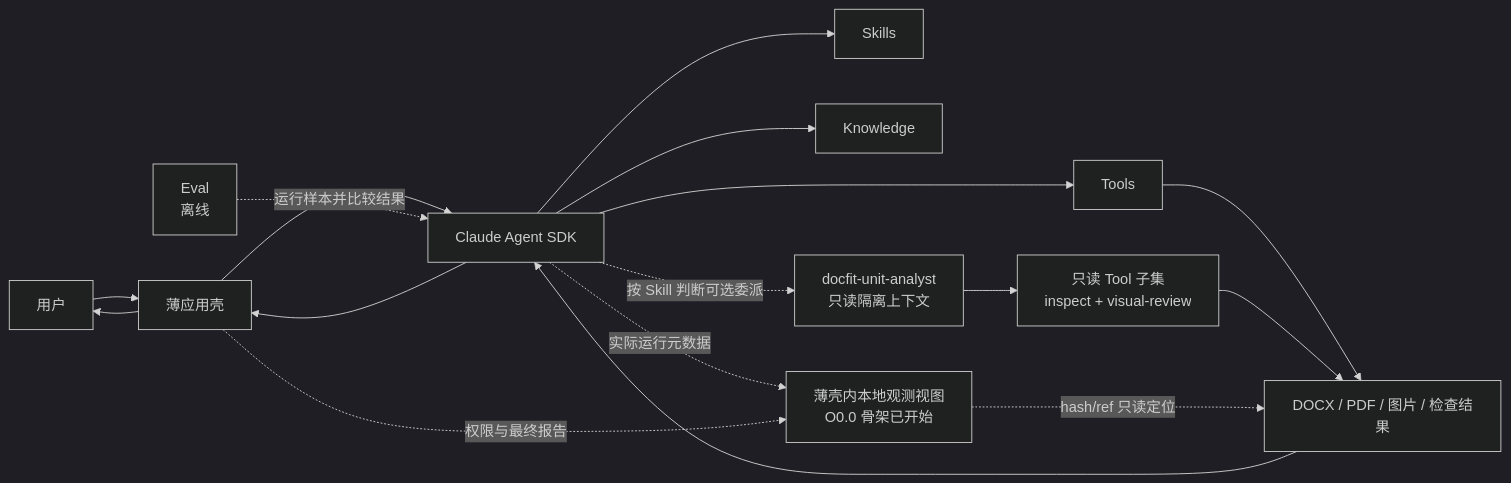
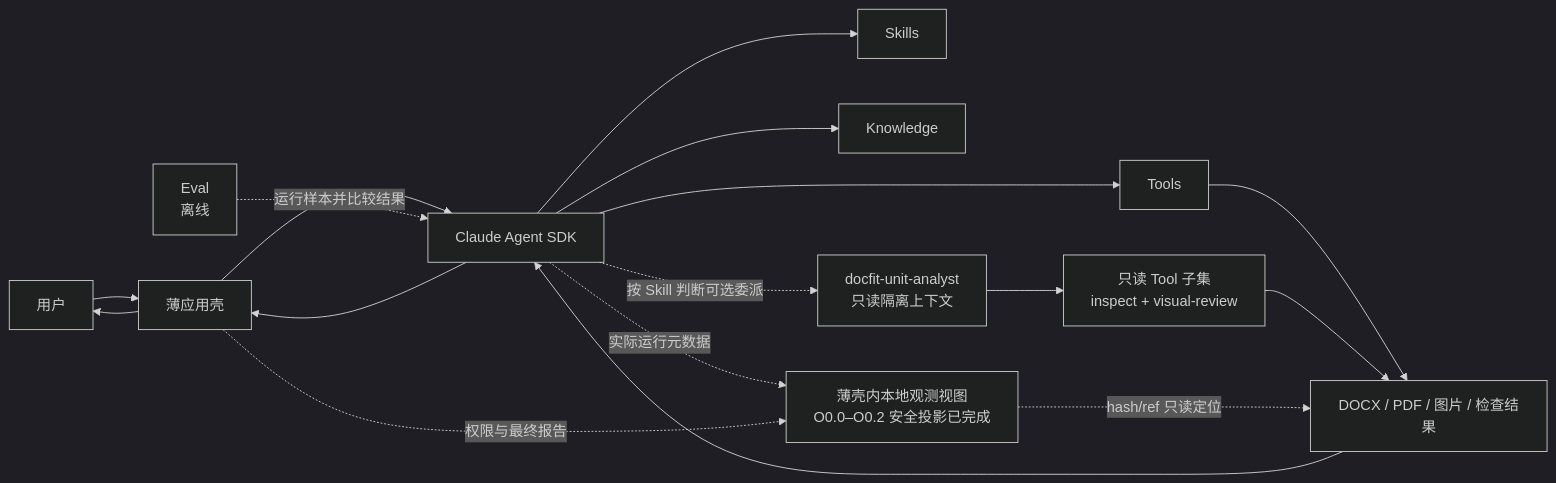
Before and after one commit to bamao88/0730: the diagram in docs/docfit-01-architecture-core.md, drawn with Mermaid (dark theme). The commit also changed other lines of this file and 21 other files, not shown here.

````diff
--- a/docs/docfit-01-architecture-core.md
+++ b/docs/docfit-01-architecture-core.md
@@ -83,19 +83,19 @@
 ```mermaid
 flowchart LR
     U["用户"] --> A["薄应用壳"]
     A --> SDK["Claude Agent SDK"]
     SDK --> S["Skills"]
     SDK --> K["Knowledge"]
     SDK --> T["Tools"]
     SDK -."按 Skill 判断可选委派".-> SA["docfit-unit-analyst<br/>只读隔离上下文"]
     SA --> RT["只读 Tool 子集<br/>inspect + visual-review"]
     T --> F["DOCX / PDF / 图片 / 检查结果"]
     RT --> F
     F --> SDK
     SDK --> A
     A --> U
-    SDK -."实际运行元数据".-> O["薄壳内本地观测视图<br/>O0.0 骨架已开始"]
+    SDK -."实际运行元数据".-> O["薄壳内本地观测视图<br/>O0.0–O0.2 安全投影已完成"]
     A -."权限与最终报告".-> O
     O -."hash/ref 只读定位".-> F
     E["Eval<br/>离线"] -.运行样本并比较结果.-> SDK
 ```
````
